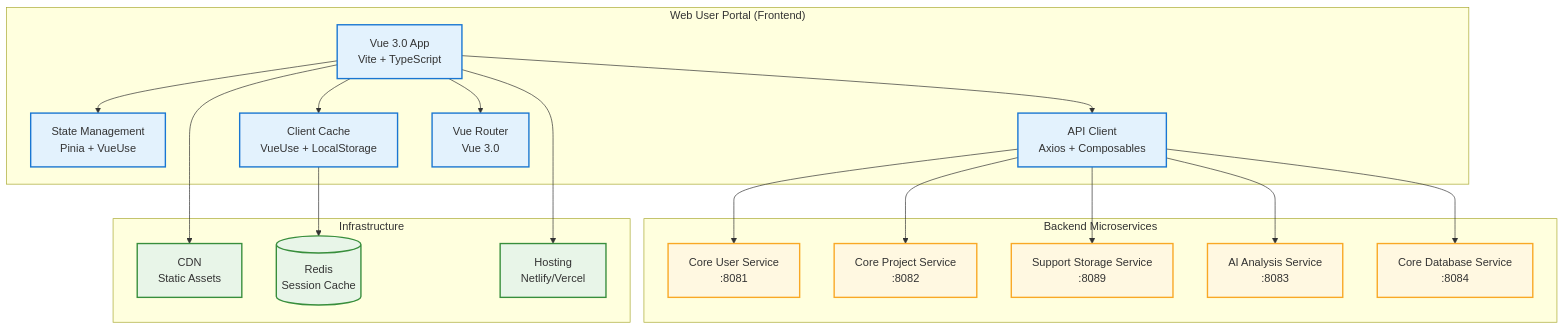
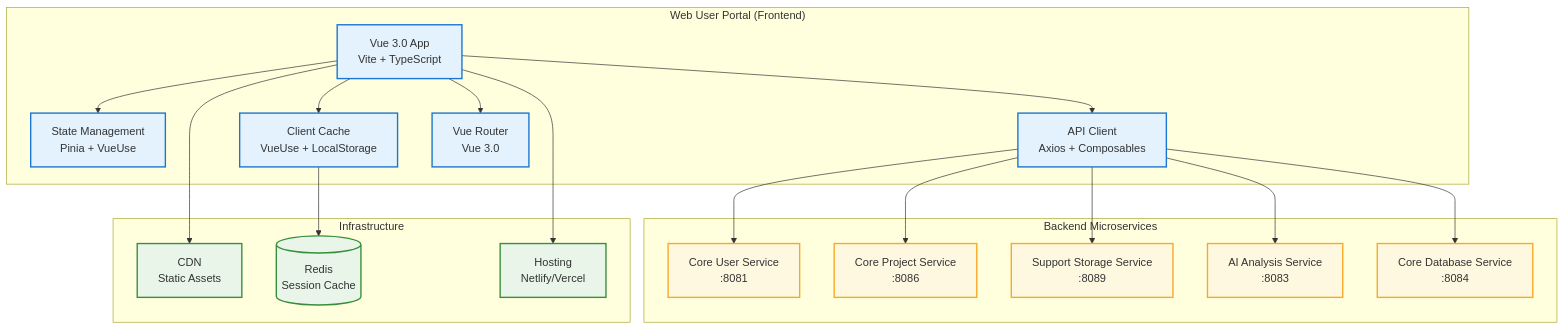
Before and after one commit to VisioBook-ESP/docs-architecture: the first of 4 diagrams in docs/api/web-user-portal.md, drawn with Mermaid. The commit also changed other lines of this file and 6 other files, not shown here.

````diff
--- a/docs/api/web-user-portal.md
+++ b/docs/api/web-user-portal.md
@@ -23,47 +23,47 @@
 ```mermaid
 graph TB
     subgraph "Web User Portal (Frontend)"
         VUE[Vue 3.0 App<br/>Vite + TypeScript]
         STATE[State Management<br/>Pinia + VueUse]
         API_CLIENT[API Client<br/>Axios + Composables]
         CACHE[Client Cache<br/>VueUse + LocalStorage]
         ROUTER[Vue Router<br/>Vue 3.0]
     end
 
     subgraph "Backend Microservices"
         USER_SVC[Core User Service<br/>:8081]
-        PROJECT_SVC[Core Project Service<br/>:8082]
+        PROJECT_SVC[Core Project Service<br/>:8086]
         STORAGE_SVC[Support Storage Service<br/>:8089]
         AI_SVC[AI Analysis Service<br/>:8083]
         DB_SVC[Core Database Service<br/>:8084]
     end
 
     subgraph "Infrastructure"
         CDN[CDN<br/>Static Assets]
         REDIS[(Redis<br/>Session Cache)]
         HOSTING[Hosting<br/>Netlify/Vercel]
     end
 
     VUE --> STATE
     VUE --> API_CLIENT
     VUE --> CACHE
     VUE --> ROUTER
 
     API_CLIENT --> USER_SVC
     API_CLIENT --> PROJECT_SVC
     API_CLIENT --> STORAGE_SVC
     API_CLIENT --> AI_SVC
     API_CLIENT --> DB_SVC
 
     VUE --> CDN
     CACHE --> REDIS
     VUE --> HOSTING
 
     classDef frontend fill:#e3f2fd,stroke:#1976d2,stroke-width:2px
     classDef service fill:#fff8e1,stroke:#f9a825,stroke-width:2px
     classDef infra fill:#e8f5e8,stroke:#388e3c,stroke-width:2px
 
     class VUE,STATE,API_CLIENT,CACHE,ROUTER frontend
     class USER_SVC,PROJECT_SVC,STORAGE_SVC,AI_SVC,DB_SVC service
     class CDN,REDIS,HOSTING infra
 ```
````
